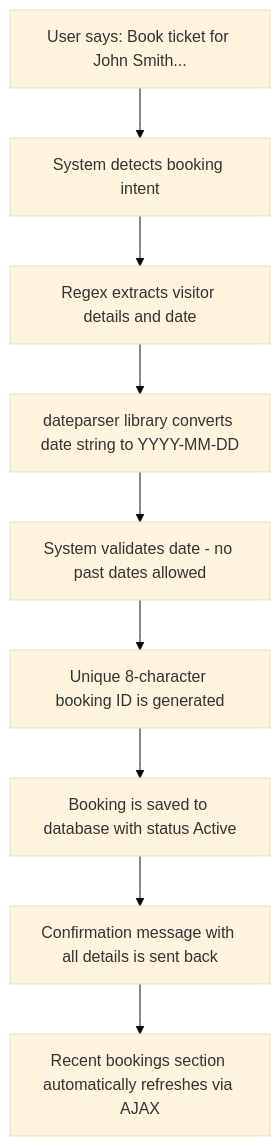
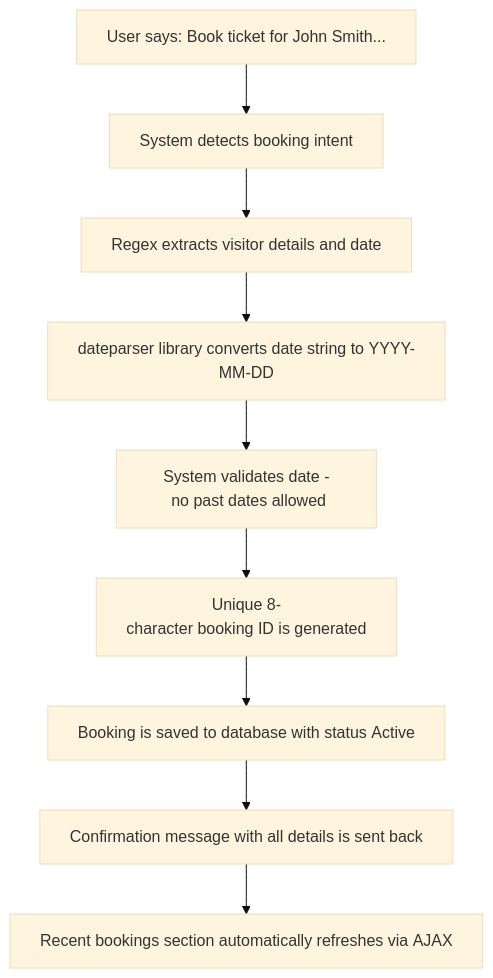
One commit to chaitanyasaiyerra/Musuem-chatbot changed the sixth of 15 diagrams in STEP_BY_STEP_GUIDE.md. Above: the diagram before and after it, drawn with Mermaid (base theme). The commit also changed other lines of this file and 1 other file, not shown here.

Commit message:
docs: replace spaces with nbsp in mermaid diagrams to force single-line rendering

````diff
--- a/STEP_BY_STEP_GUIDE.md
+++ b/STEP_BY_STEP_GUIDE.md
@@ -95,11 +95,11 @@
 ```mermaid
 graph TD
-    A["User says: Book ticket for John Smith..."] --> B["System detects booking intent"]
-    B --> C["Regex extracts visitor details and date"]
-    C --> D["dateparser library converts date string to YYYY-MM-DD"]
-    D --> E["System validates date - no past dates allowed"]
-    E --> F["Unique 8-character booking ID is generated"]
-    F --> G["Booking is saved to database with status Active"]
-    G --> H["Confirmation message with all details is sent back"]
-    H --> I["Recent bookings section automatically refreshes via AJAX"]
+    A["User&nbsp;says:&nbsp;Book&nbsp;ticket&nbsp;for&nbsp;John&nbsp;Smith..."] --> B["System&nbsp;detects&nbsp;booking&nbsp;intent"]
+    B --> C["Regex&nbsp;extracts&nbsp;visitor&nbsp;details&nbsp;and&nbsp;date"]
+    C --> D["dateparser&nbsp;library&nbsp;converts&nbsp;date&nbsp;string&nbsp;to&nbsp;YYYY-MM-DD"]
+    D --> E["System&nbsp;validates&nbsp;date&nbsp;-&nbsp;no&nbsp;past&nbsp;dates&nbsp;allowed"]
+    E --> F["Unique&nbsp;8-character&nbsp;booking&nbsp;ID&nbsp;is&nbsp;generated"]
+    F --> G["Booking&nbsp;is&nbsp;saved&nbsp;to&nbsp;database&nbsp;with&nbsp;status&nbsp;Active"]
+    G --> H["Confirmation&nbsp;message&nbsp;with&nbsp;all&nbsp;details&nbsp;is&nbsp;sent&nbsp;back"]
+    H --> I["Recent&nbsp;bookings&nbsp;section&nbsp;automatically&nbsp;refreshes&nbsp;via&nbsp;AJAX"]
 ```
````
